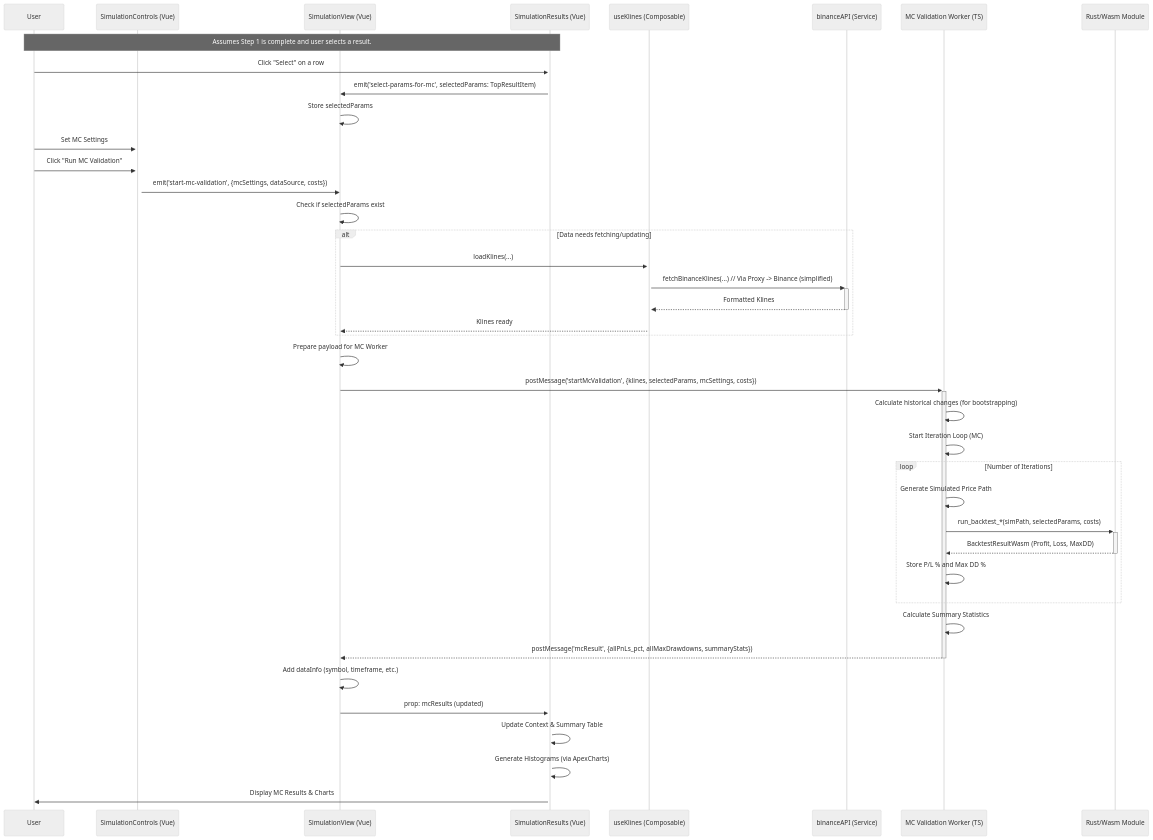
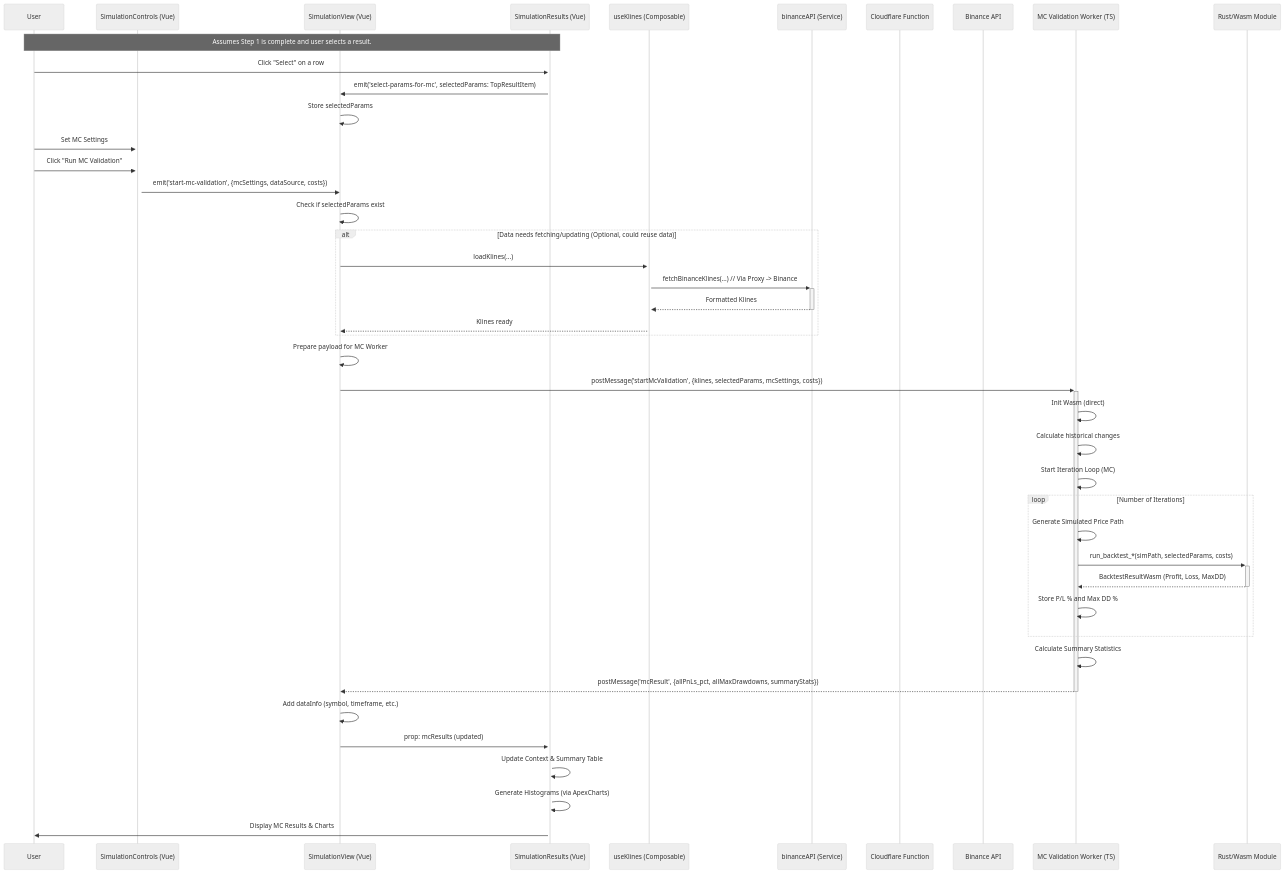
The second of 2 diagrams in README.md (engan/mc-simulations), drawn with Mermaid (neutral theme) before and after one commit. The commit also changed other lines of this file and 2 other files, not shown here.

````diff
--- a/README.md
+++ b/README.md
@@ -189,45 +195,48 @@
 ```mermaid
 sequenceDiagram
     participant User
     participant SC as SimulationControls (Vue)
     participant SV as SimulationView (Vue)
     participant SR as SimulationResults (Vue)
     participant UK as useKlines (Composable)
     participant BA as binanceAPI (Service)
+    participant Proxy as Cloudflare Function # <-- ENDRET
+    participant Binance as Binance API
     participant MCW as MC Validation Worker (TS)
     participant Wasm as Rust/Wasm Module
 
     Note over User, SR: Assumes Step 1 is complete and user selects a result.
 
     User->>+SR: Click "Select" on a row
     SR->>SV: emit('select-params-for-mc', selectedParams: TopResultItem)
     SV->>SV: Store selectedParams
     User->>+SC: Set MC Settings
     User->>+SC: Click "Run MC Validation"
     SC->>SV: emit('start-mc-validation', {mcSettings, dataSource, costs})
     SV->>SV: Check if selectedParams exist
-    alt Data needs fetching/updating
+    alt Data needs fetching/updating (Optional, could reuse data)
         SV->>+UK: loadKlines(...)
-        UK->>+BA: fetchBinanceKlines(...) // Via Proxy -> Binance (simplified)
+        UK->>+BA: fetchBinanceKlines(...) // Via Proxy -> Binance
         BA-->>-UK: Formatted Klines
         UK-->>SV: Klines ready
     end
     SV->>SV: Prepare payload for MC Worker
     SV->>+MCW: postMessage('startMcValidation', {klines, selectedParams, mcSettings, costs})
-    MCW->>MCW: Calculate historical changes (for bootstrapping)
+    MCW->>MCW: Init Wasm (direct)
+    MCW->>MCW: Calculate historical changes
     MCW->>MCW: Start Iteration Loop (MC)
     loop Number of Iterations
         MCW->>MCW: Generate Simulated Price Path
         MCW->>+Wasm: run_backtest_*(simPath, selectedParams, costs)
         Wasm-->>-MCW: BacktestResultWasm (Profit, Loss, MaxDD)
         MCW->>MCW: Store P/L % and Max DD %
     end
     MCW->>MCW: Calculate Summary Statistics
     MCW-->>-SV: postMessage('mcResult', {allPnLs_pct, allMaxDrawdowns, summaryStats})
     SV->>SV: Add dataInfo (symbol, timeframe, etc.)
     SV->>SR: prop: mcResults (updated)
     SR->>SR: Update Context & Summary Table
     SR->>SR: Generate Histograms (via ApexCharts)
     SR->>User: Display MC Results & Charts
 
 ```
````
